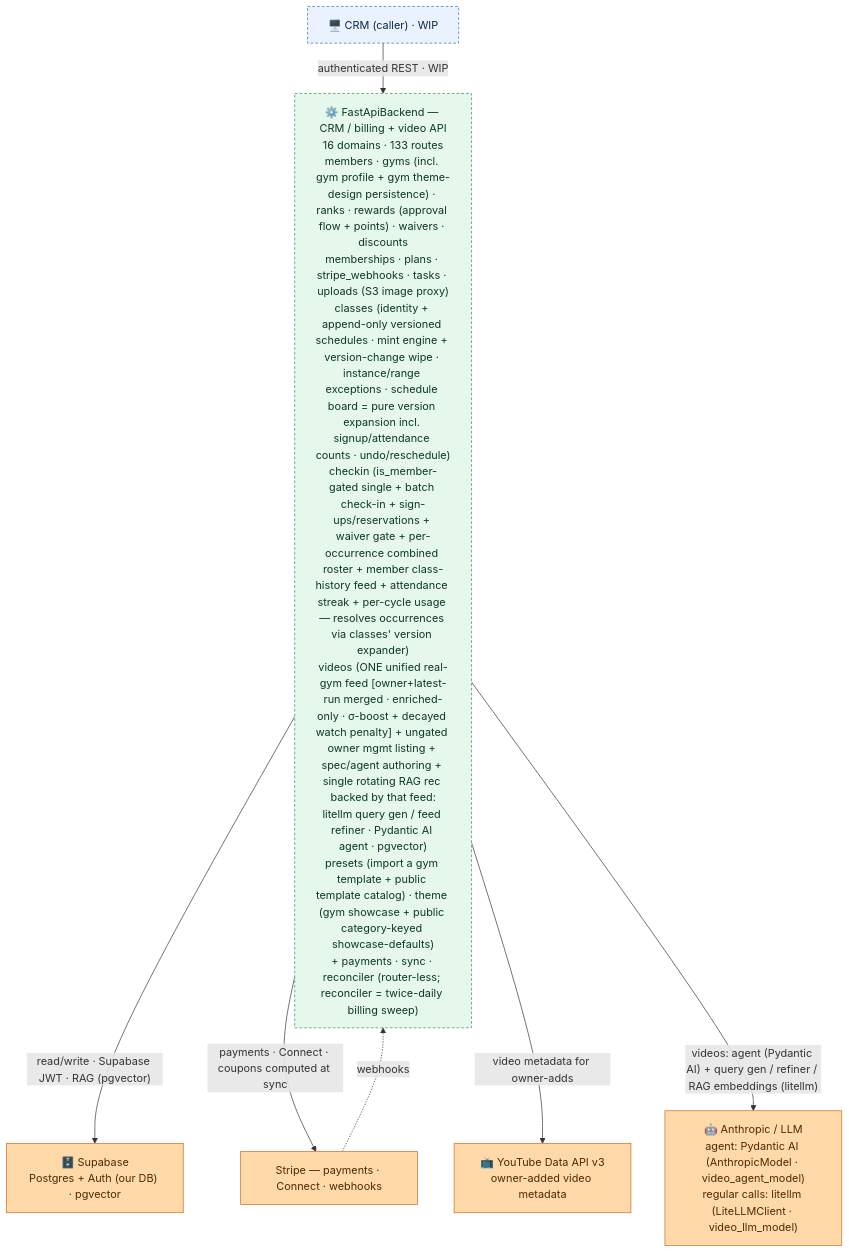
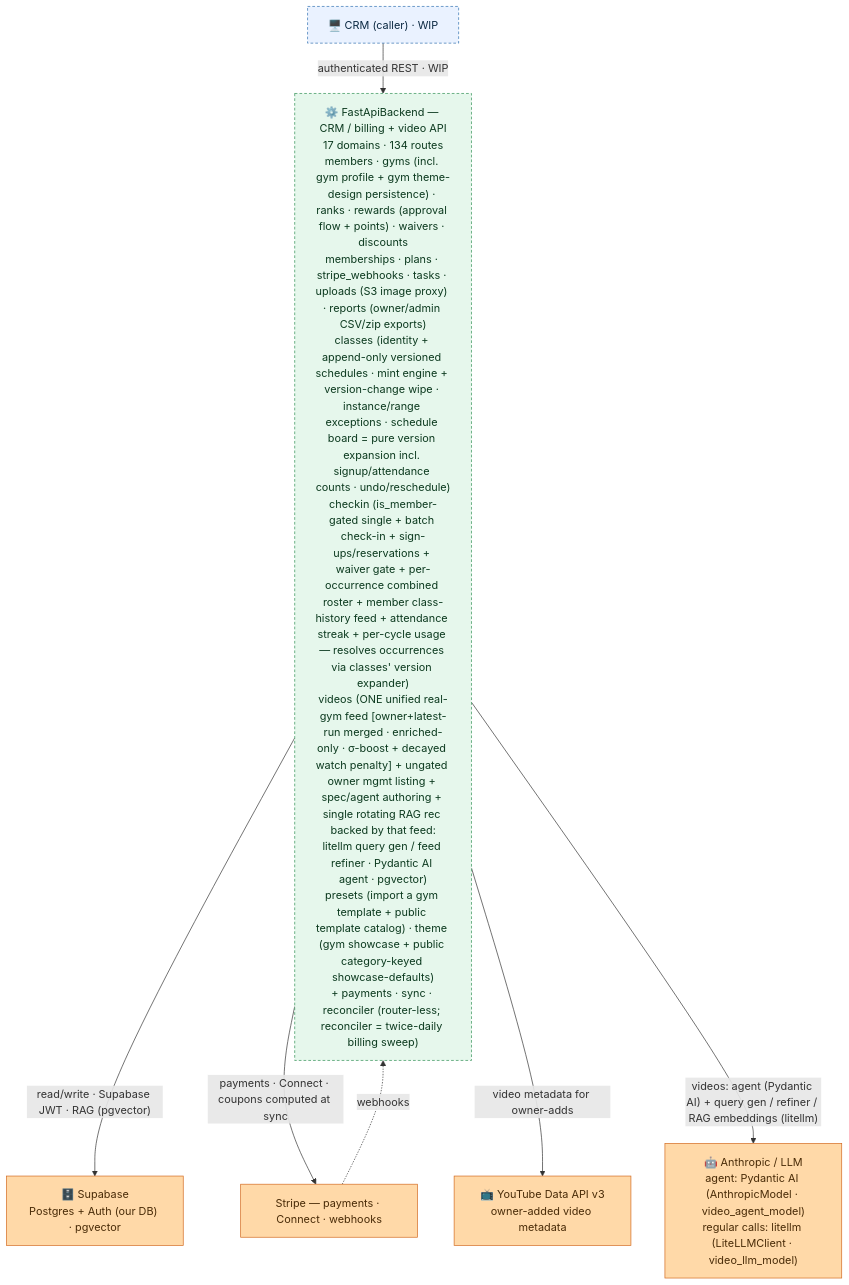
Before and after one commit to jesse51002/CombatDen: the diagram in FastApiBackend/README.md, drawn with Mermaid. The commit also changed other lines of this file and 3 other files, not shown here.

First line of the commit message:
Docs: add reports domain to READMEs + both architecture graphs

````diff
--- a/FastApiBackend/README.md
+++ b/FastApiBackend/README.md
@@ -16,23 +16,23 @@
 ```mermaid
 flowchart TB
   CRM["🖥️ CRM (caller) · WIP"]
-  FB["⚙️ FastApiBackend — CRM / billing + video API<br/>16 domains · 133 routes<br/>members · gyms (incl. gym profile + gym theme-design persistence) · ranks · rewards (approval flow + points) · waivers · discounts<br/>memberships · plans · stripe_webhooks · tasks · uploads (S3 image proxy)<br/>classes (identity + append-only versioned schedules · mint engine + version-change wipe · instance/range exceptions · schedule board = pure version expansion incl. signup/attendance counts · undo/reschedule)<br/>checkin (is_member-gated single + batch check-in + sign-ups/reservations + waiver gate + per-occurrence combined roster + member class-history feed + attendance streak + per-cycle usage — resolves occurrences via classes' version expander)<br/>videos (ONE unified real-gym feed [owner+latest-run merged · enriched-only · σ-boost + decayed watch penalty] + ungated owner mgmt listing + spec/agent authoring + single rotating RAG rec backed by that feed:<br/>litellm query gen / feed refiner · Pydantic AI agent · pgvector)<br/>presets (import a gym template + public template catalog) · theme (gym showcase + public category-keyed showcase-defaults)<br/>+ payments · sync · reconciler (router-less; reconciler = twice-daily billing sweep)"]
+  FB["⚙️ FastApiBackend — CRM / billing + video API<br/>17 domains · 134 routes<br/>members · gyms (incl. gym profile + gym theme-design persistence) · ranks · rewards (approval flow + points) · waivers · discounts<br/>memberships · plans · stripe_webhooks · tasks · uploads (S3 image proxy) · reports (owner/admin CSV/zip exports)<br/>classes (identity + append-only versioned schedules · mint engine + version-change wipe · instance/range exceptions · schedule board = pure version expansion incl. signup/attendance counts · undo/reschedule)<br/>checkin (is_member-gated single + batch check-in + sign-ups/reservations + waiver gate + per-occurrence combined roster + member class-history feed + attendance streak + per-cycle usage — resolves occurrences via classes' version expander)<br/>videos (ONE unified real-gym feed [owner+latest-run merged · enriched-only · σ-boost + decayed watch penalty] + ungated owner mgmt listing + spec/agent authoring + single rotating RAG rec backed by that feed:<br/>litellm query gen / feed refiner · Pydantic AI agent · pgvector)<br/>presets (import a gym template + public template catalog) · theme (gym showcase + public category-keyed showcase-defaults)<br/>+ payments · sync · reconciler (router-less; reconciler = twice-daily billing sweep)"]
   Supabase["🗄️ Supabase<br/>Postgres + Auth (our DB) · pgvector"]
   Stripe["Stripe — payments · Connect · webhooks"]
   YouTube["📺 YouTube Data API v3<br/>owner-added video metadata"]
   LLMProvider["🤖 Anthropic / LLM<br/>agent: Pydantic AI (AnthropicModel · video_agent_model)<br/>regular calls: litellm (LiteLLMClient · video_llm_model)"]
   CRM -->|"authenticated REST · WIP"| FB
   FB -->|"read/write · Supabase JWT · RAG (pgvector)"| Supabase
   FB -->|"payments · Connect · coupons computed at sync"| Stripe
   Stripe -.->|"webhooks"| FB
   FB -->|"video metadata for owner-adds"| YouTube
   FB -->|"videos: agent (Pydantic AI) + query gen / refiner / RAG embeddings (litellm)"| LLMProvider
   classDef client fill:#eaf2ff,stroke:#2f6fb0,color:#0b2942;
   classDef svc fill:#e6f7ec,stroke:#2f8f53,color:#0c3a1f;
   classDef ext fill:#ffd9a8,stroke:#d2691e,color:#4a2c08;
   class CRM client;
   class FB svc;
   class Supabase,Stripe,YouTube,LLMProvider ext;
   style CRM stroke-dasharray:4 3;
   style FB stroke-dasharray:4 3;
 ```
````
